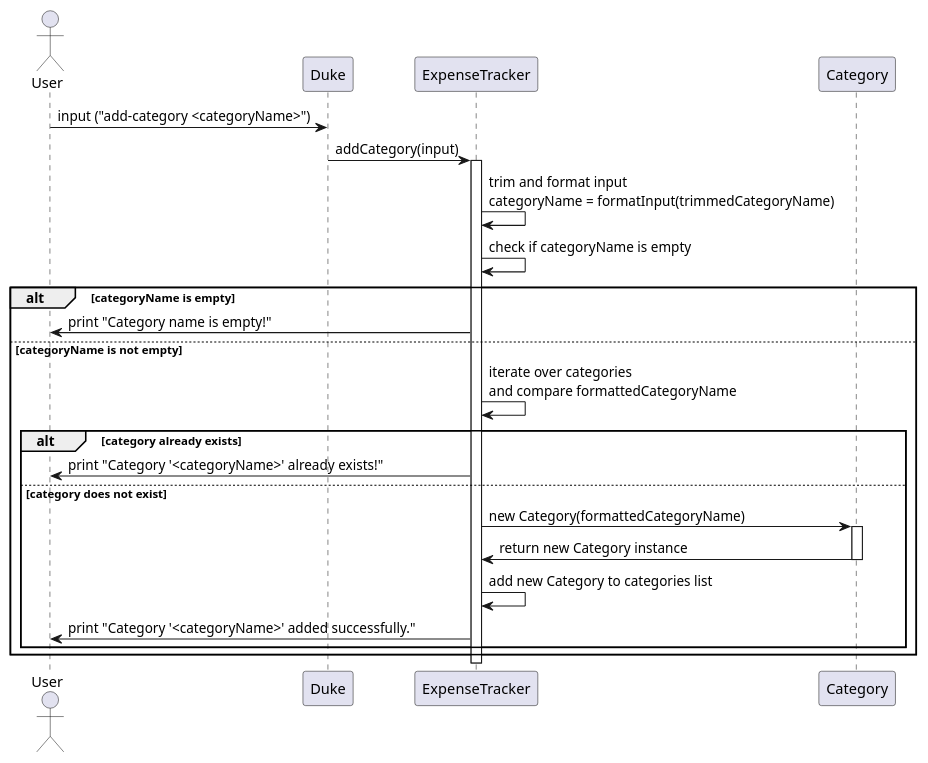
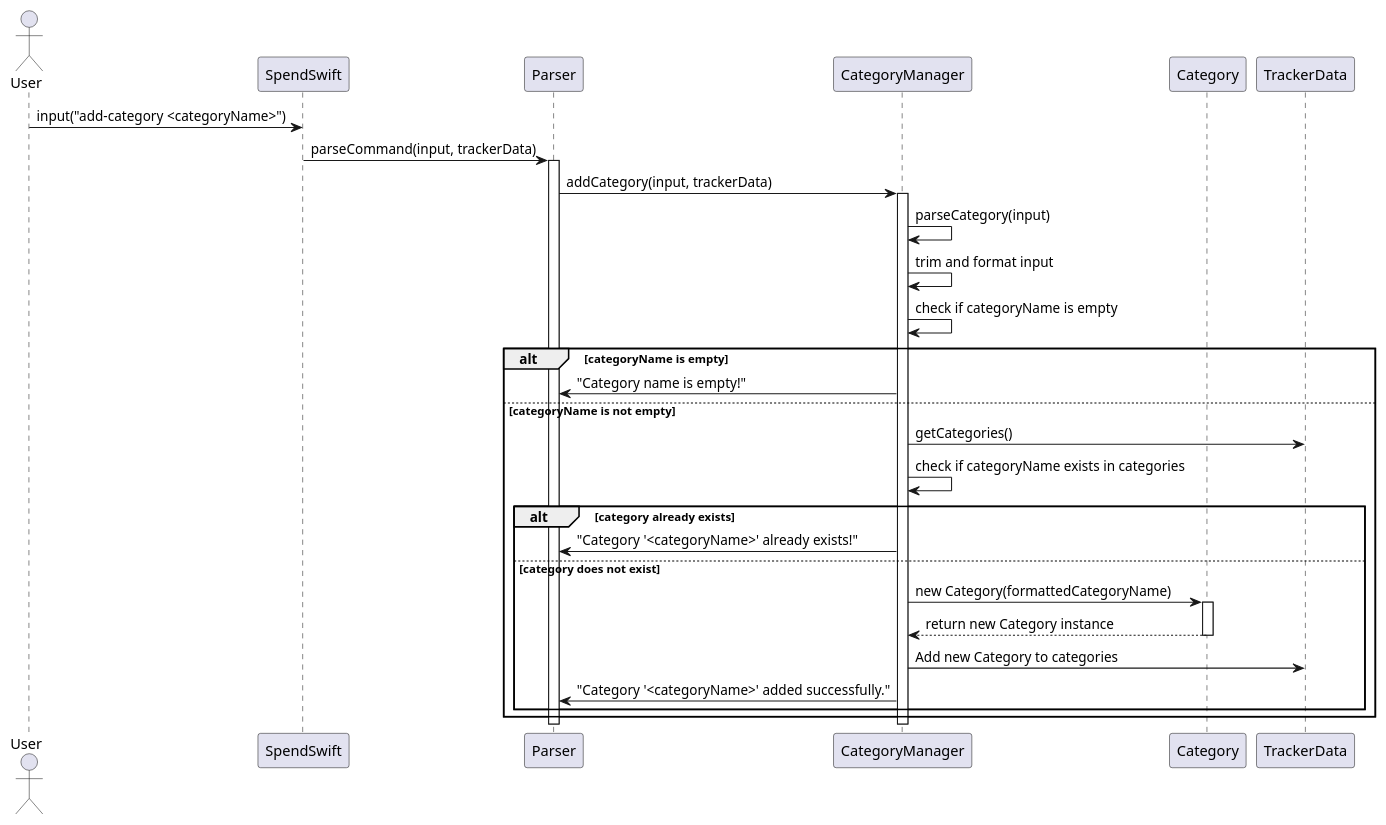
Before and after one commit to nus-cs2113-AY2425S1/tp: the diagram in docs/diagrams/AddCategory.puml, drawn with PlantUML. The commit also changed 7 other files, not shown here.

Commit message:
updated uml diagrams for add expense, add category, view  budget, and set budget limit (not sure about request here, but will look into it)

```diff
--- a/docs/diagrams/AddCategory.puml
+++ b/docs/diagrams/AddCategory.puml
@@ -1,31 +1,42 @@
 @startuml
+
 actor User
-participant Duke
-participant ExpenseTracker
+participant SpendSwift
+participant Parser
+participant CategoryManager
 participant Category
+participant TrackerData
 
-User -> Duke: input ("add-category <categoryName>")
-Duke -> ExpenseTracker: addCategory(input)
+User -> SpendSwift : input("add-category <categoryName>")
+SpendSwift -> Parser : parseCommand(input, trackerData)
 
-activate ExpenseTracker
-ExpenseTracker -> ExpenseTracker: trim and format input\ncategoryName = formatInput(trimmedCategoryName)
+activate Parser
+Parser -> CategoryManager : addCategory(input, trackerData)
 
-ExpenseTracker -> ExpenseTracker: check if categoryName is empty
+activate CategoryManager
+CategoryManager -> CategoryManager : parseCategory(input)
+CategoryManager -> CategoryManager : trim and format input
+CategoryManager -> CategoryManager : check if categoryName is empty
+
 alt categoryName is empty
-    ExpenseTracker -> User: print "Category name is empty!"
+    CategoryManager -> Parser : "Category name is empty!"
 else categoryName is not empty
-    ExpenseTracker -> ExpenseTracker: iterate over categories\nand compare formattedCategoryName
+    CategoryManager -> TrackerData : getCategories()
+    CategoryManager -> CategoryManager : check if categoryName exists in categories
 
     alt category already exists
-        ExpenseTracker -> User: print "Category '<categoryName>' already exists!"
+        CategoryManager -> Parser : "Category '<categoryName>' already exists!"
     else category does not exist
-        ExpenseTracker -> Category: new Category(formattedCategoryName)
+        CategoryManager -> Category : new Category(formattedCategoryName)
         activate Category
-        Category -> ExpenseTracker: return new Category instance
+        Category --> CategoryManager : return new Category instance
         deactivate Category
 
-        ExpenseTracker -> ExpenseTracker: add new Category to categories list
-        ExpenseTracker -> User: print "Category '<categoryName>' added successfully."
+        CategoryManager -> TrackerData : Add new Category to categories
+        CategoryManager -> Parser : "Category '<categoryName>' added successfully."
     end
 end
+
+deactivate CategoryManager
+deactivate Parser
 @enduml
```
